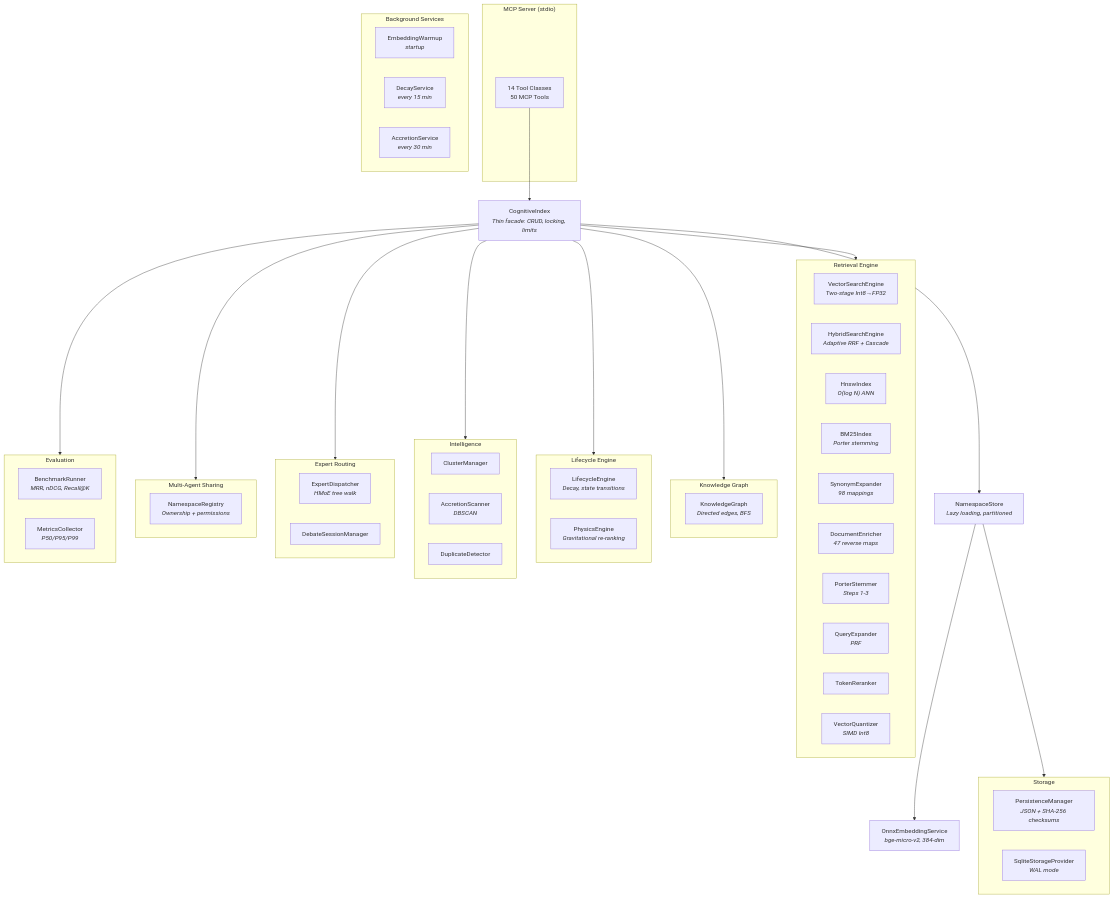
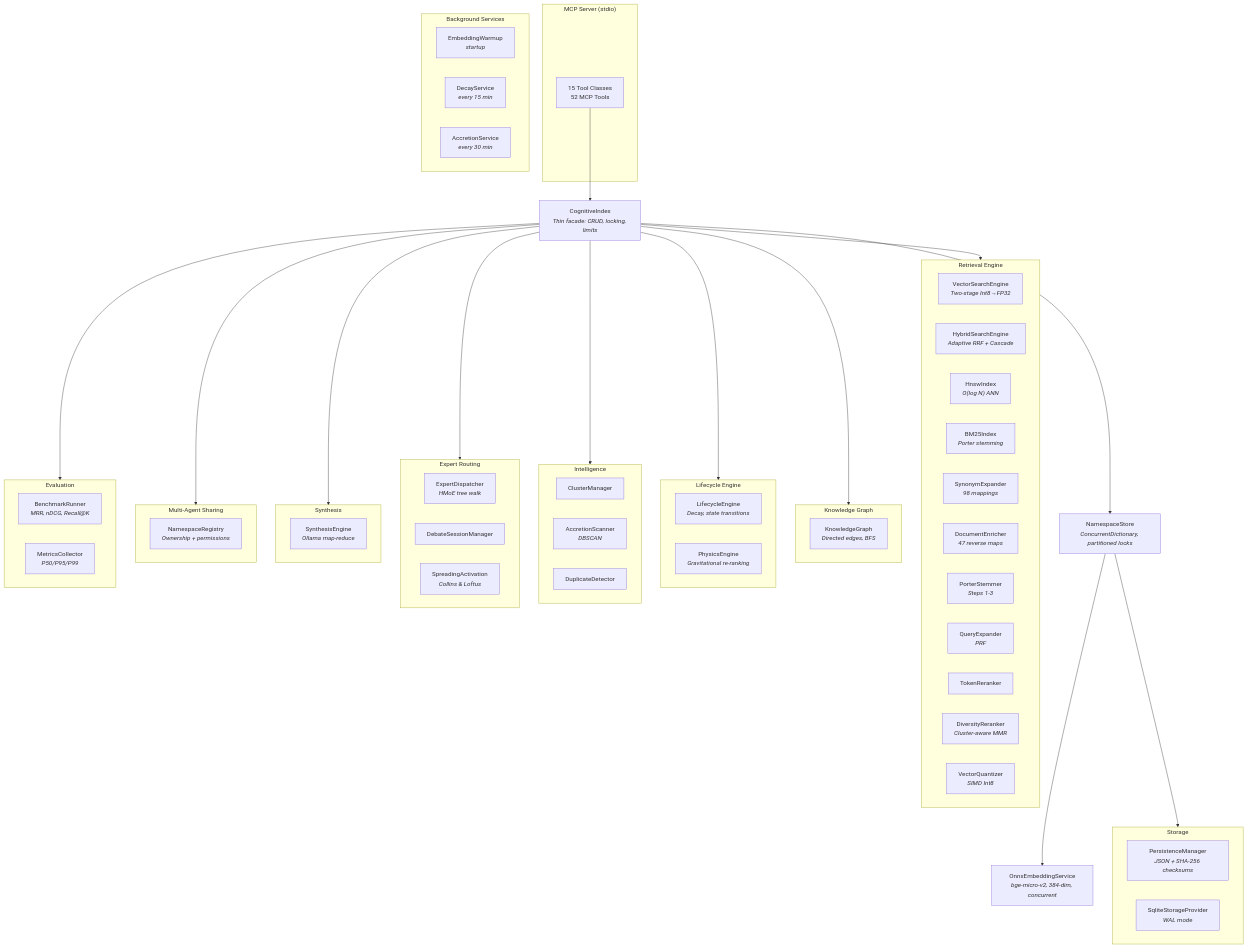
Before and after one commit to wyckit/mcp-engram-memory: the diagram in docs/architecture.md, drawn with Mermaid. The commit also changed 12 other files, not shown here.

First line of the commit message:
Update all docs and images for v0.6.0: 52 tools, synthesis, diversity, pipeline diagram

````diff
--- a/docs/architecture.md
+++ b/docs/architecture.md
@@ -5,74 +5,81 @@
 ```mermaid
 graph TD
     subgraph MCP["MCP Server (stdio)"]
-        Tools["14 Tool Classes<br/>50 MCP Tools"]
+        Tools["15 Tool Classes<br/>52 MCP Tools"]
     end
 
     Tools --> CI["CognitiveIndex<br/><i>Thin facade: CRUD, locking, limits</i>"]
 
     CI --> RE["Retrieval"]
     CI --> GR["Graph"]
     CI --> LC["Lifecycle"]
     CI --> IN["Intelligence"]
     CI --> EX["Experts"]
     CI --> EV["Evaluation"]
 
     subgraph RE["Retrieval Engine"]
         VS["VectorSearchEngine<br/><i>Two-stage Int8→FP32</i>"]
         HS["HybridSearchEngine<br/><i>Adaptive RRF + Cascade</i>"]
         HW["HnswIndex<br/><i>O(log N) ANN</i>"]
         BM["BM25Index<br/><i>Porter stemming</i>"]
         SY["SynonymExpander<br/><i>98 mappings</i>"]
         DE["DocumentEnricher<br/><i>47 reverse maps</i>"]
         PS["PorterStemmer<br/><i>Steps 1-3</i>"]
         QE["QueryExpander<br/><i>PRF</i>"]
         TR["TokenReranker"]
+        DR["DiversityReranker<br/><i>Cluster-aware MMR</i>"]
         VQ["VectorQuantizer<br/><i>SIMD Int8</i>"]
     end
 
     subgraph GR["Knowledge Graph"]
         KG["KnowledgeGraph<br/><i>Directed edges, BFS</i>"]
     end
 
     subgraph LC["Lifecycle Engine"]
         LE["LifecycleEngine<br/><i>Decay, state transitions</i>"]
         PE["PhysicsEngine<br/><i>Gravitational re-ranking</i>"]
     end
 
     subgraph IN["Intelligence"]
         CM["ClusterManager"]
         AS["AccretionScanner<br/><i>DBSCAN</i>"]
         DD["DuplicateDetector"]
     end
 
     subgraph EX["Expert Routing"]
         ED["ExpertDispatcher<br/><i>HMoE tree walk</i>"]
         DM["DebateSessionManager"]
+        SA["SpreadingActivation<br/><i>Collins &amp; Loftus</i>"]
+    end
+
+    subgraph SN["Synthesis"]
+        SE["SynthesisEngine<br/><i>Ollama map-reduce</i>"]
     end
 
     subgraph SH["Multi-Agent Sharing"]
         NR["NamespaceRegistry<br/><i>Ownership + permissions</i>"]
     end
 
     subgraph EV["Evaluation"]
         BR["BenchmarkRunner<br/><i>MRR, nDCG, Recall@K</i>"]
         MC["MetricsCollector<br/><i>P50/P95/P99</i>"]
     end
 
     CI --> SH
-    CI --> NS["NamespaceStore<br/><i>Lazy loading, partitioned</i>"]
+    CI --> SN
+    CI --> NS["NamespaceStore<br/><i>ConcurrentDictionary, partitioned locks</i>"]
     NS --> SP["Storage Provider"]
 
     subgraph SP["Storage"]
         PM["PersistenceManager<br/><i>JSON + SHA-256 checksums</i>"]
         SQ["SqliteStorageProvider<br/><i>WAL mode</i>"]
     end
 
-    NS --> EMB["OnnxEmbeddingService<br/><i>bge-micro-v2, 384-dim</i>"]
+    NS --> EMB["OnnxEmbeddingService<br/><i>bge-micro-v2, 384-dim, concurrent</i>"]
 
     subgraph BG["Background Services"]
         BG1["EmbeddingWarmup<br/><i>startup</i>"]
         BG2["DecayService<br/><i>every 15 min</i>"]
         BG3["AccretionService<br/><i>every 30 min</i>"]
     end
 ```
````
